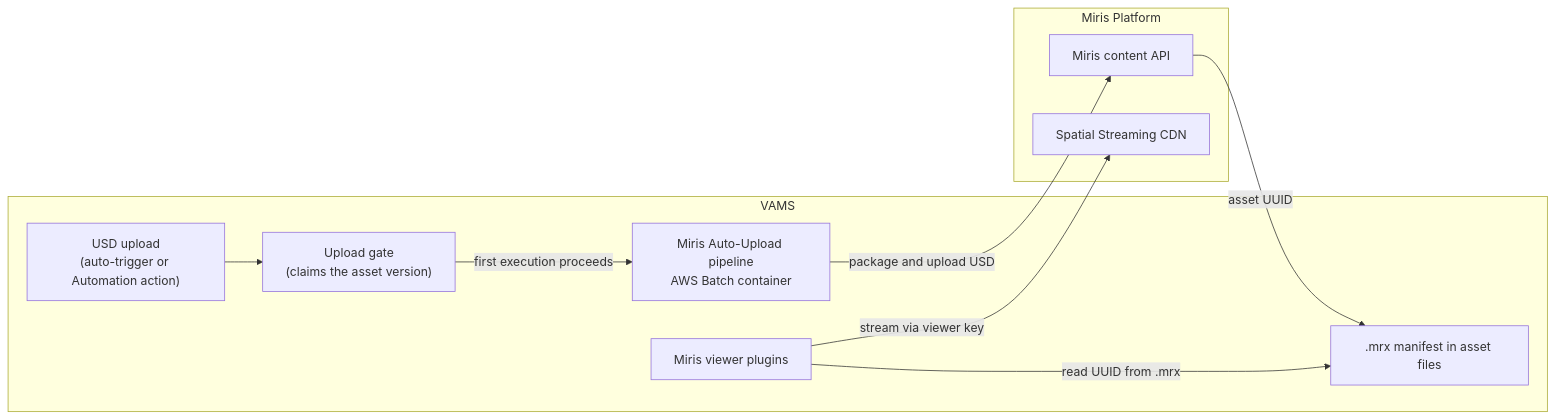
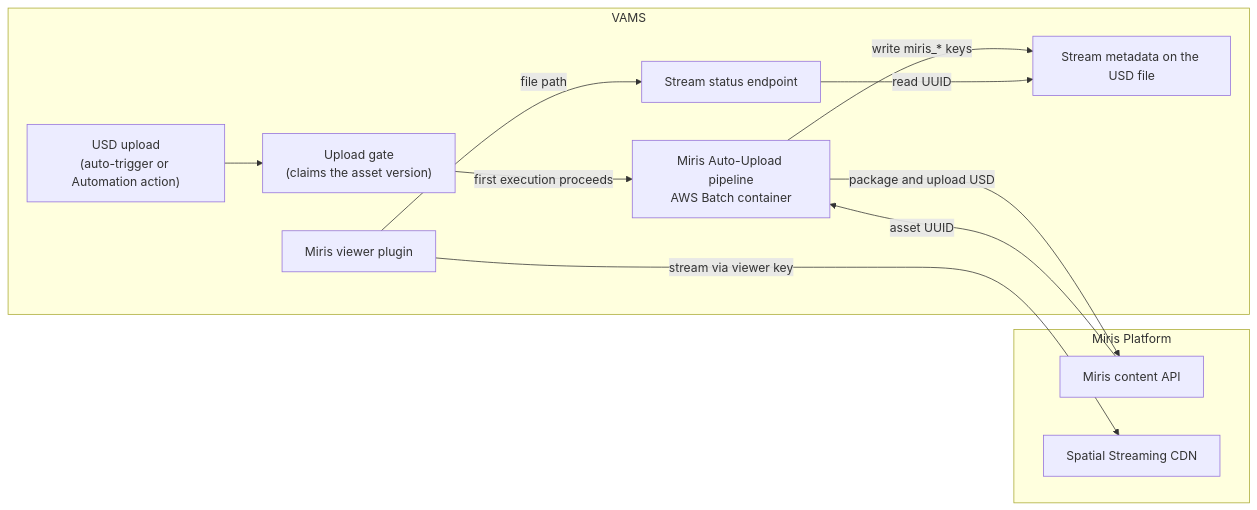
Before and after one commit to kellan-cartledge-miris/visual-asset-management-system: the diagram in documentation/docusaurus-site/docs/developer/external-integrations/miris-spatial-streaming.md, drawn with Mermaid. The commit also changed other lines of this file and 21 other files, not shown here.

First line of the commit message:
docs(miris): document stream metadata and remove .mrx references

````diff
--- a/documentation/docusaurus-site/docs/developer/external-integrations/miris-spatial-streaming.md
+++ b/documentation/docusaurus-site/docs/developer/external-integrations/miris-spatial-streaming.md
@@ -104,21 +138,24 @@
 ```mermaid
 flowchart LR
     subgraph VAMS
         UP["USD upload\n(auto-trigger or Automation action)"]
         GATE["Upload gate\n(claims the asset version)"]
         PIPE["Miris Auto-Upload pipeline\nAWS Batch container"]
-        MRX[".mrx manifest in asset files"]
-        VIEW["Miris viewer plugins"]
+        MD["Stream metadata on the USD file"]
+        STATUS["Stream status endpoint"]
+        VIEW["Miris viewer plugin"]
     end
     subgraph Miris Platform
         API["Miris content API"]
         STREAM["Spatial Streaming CDN"]
     end
 
     UP --> GATE
     GATE -->|first execution proceeds| PIPE
     PIPE -->|package and upload USD| API
-    API -->|asset UUID| MRX
-    VIEW -->|read UUID from .mrx| MRX
+    API -->|asset UUID| PIPE
+    PIPE -->|write miris_* keys| MD
+    VIEW -->|file path| STATUS
+    STATUS -->|read UUID| MD
     VIEW -->|stream via viewer key| STREAM
 ```
````
